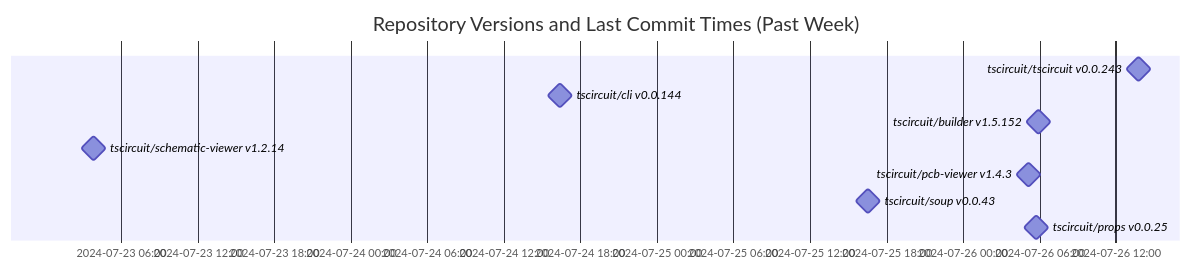
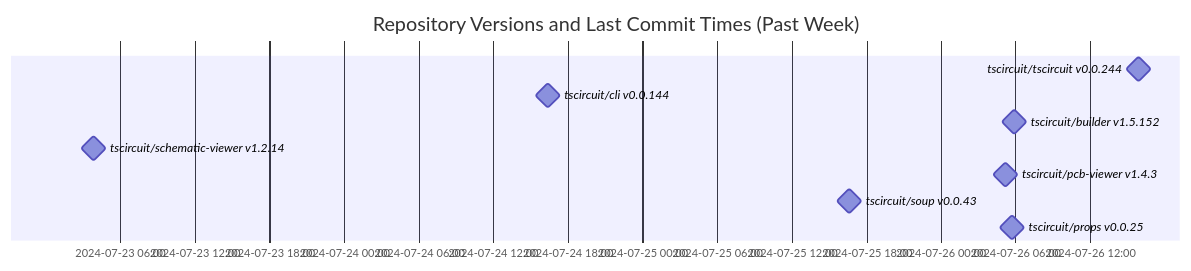
One commit to tscircuit/version-tracker changed the diagram in README.md. Above: the diagram before and after it, drawn with Mermaid.

Commit message:
Update chart

````diff
--- a/README.md
+++ b/README.md
@@ -1,14 +1,14 @@
 ```mermaid
 gantt
   dateFormat  YYYY-MM-DD HH:mm:ss
   title Repository Versions and Last Commit Times (Past Week)
   axisFormat %Y-%m-%d %H:%M
 
-  tscircuit/tscircuit v0.0.243 : milestone, 2024-07-26 13:47:01, 1s
+  tscircuit/tscircuit v0.0.244 : milestone, 2024-07-26 15:53:43, 1s
   tscircuit/cli v0.0.144 : milestone, 2024-07-24 16:24:13, 1s
   tscircuit/builder v1.5.152 : milestone, 2024-07-26 05:55:45, 1s
   tscircuit/schematic-viewer v1.2.14 : milestone, 2024-07-23 03:50:56, 1s
   tscircuit/pcb-viewer v1.4.3 : milestone, 2024-07-26 05:10:56, 1s
   tscircuit/soup v0.0.43 : milestone, 2024-07-25 16:35:25, 1s
   tscircuit/props v0.0.25 : milestone, 2024-07-26 05:44:11, 1s
 ```
````
